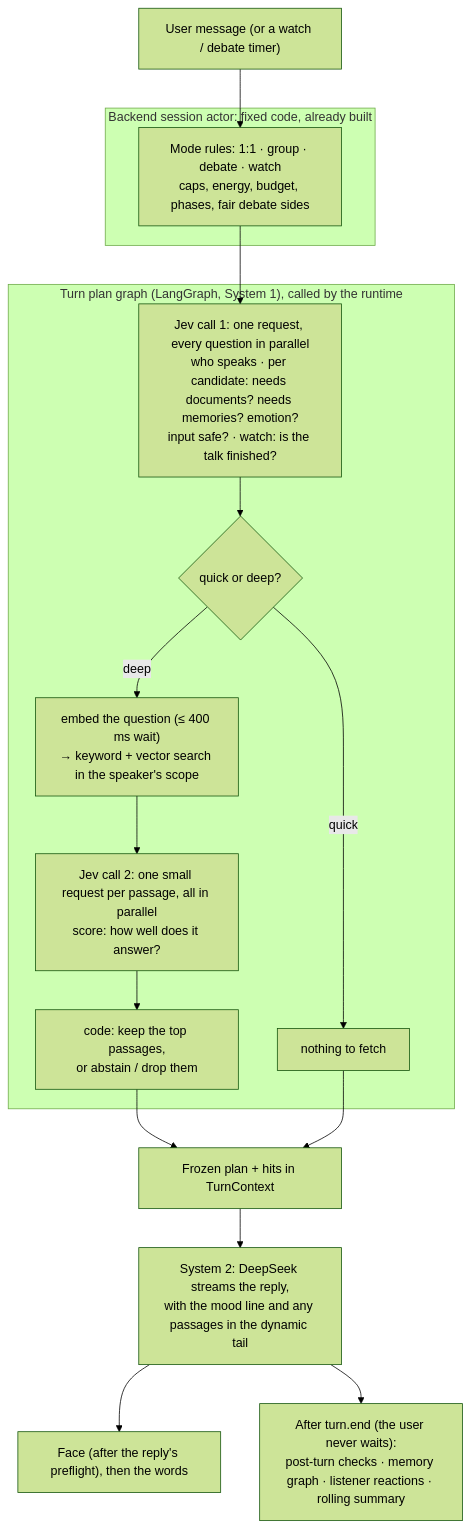
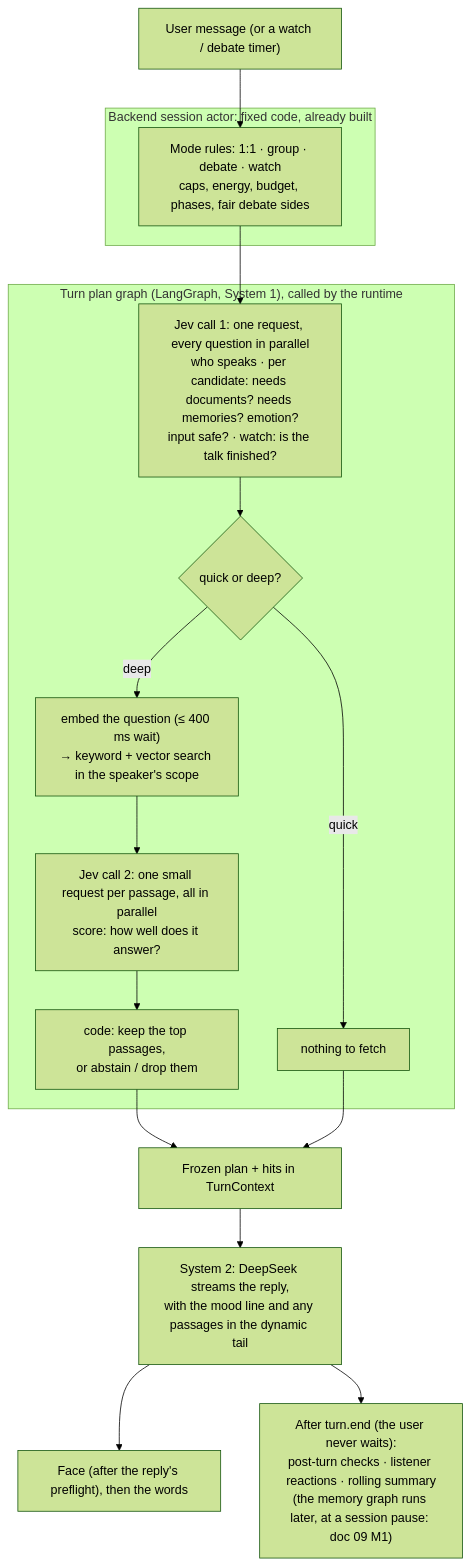
The diagram in docs/ai/01-agent-architecture.md (weihang369/Horizon), drawn with Mermaid (forest theme) before and after one commit. The commit also changed other lines of this file and 8 other files, not shown here.

````diff
--- a/docs/ai/01-agent-architecture.md
+++ b/docs/ai/01-agent-architecture.md
@@ -89,21 +89,21 @@
 ```mermaid
 flowchart TD
     U["User message (or a watch / debate timer)"] --> A
     subgraph BACKEND["Backend session actor: fixed code, already built"]
         A["Mode rules: 1:1 · group · debate · watch<br/>caps, energy, budget, phases, fair debate sides"]
     end
     A --> P1
     subgraph PLAN["Turn plan graph (LangGraph, System 1), called by the runtime"]
         P1["Jev call 1: one request, every question in parallel<br/>who speaks · per candidate: needs documents? needs memories? emotion?<br/>input safe? · watch: is the talk finished?"]
         P1 --> G{"quick or deep?"}
         G -->|deep| E["embed the question (≤ 400 ms wait)<br/>→ keyword + vector search in the speaker's scope"]
         E --> J2["Jev call 2: one small request per passage, all in parallel<br/>score: how well does it answer?"]
         J2 --> C["code: keep the top passages,<br/>or abstain / drop them"]
         G -->|quick| F["nothing to fetch"]
     end
     C --> R
     F --> R
     R["Frozen plan + hits in TurnContext"] --> DS["System 2: DeepSeek streams the reply,<br/>with the mood line and any passages in the dynamic tail"]
     DS --> SHOW["Face (after the reply's preflight), then the words"]
-    DS --> AFTER["After turn.end (the user never waits):<br/>post-turn checks · memory graph · listener reactions · rolling summary"]
+    DS --> AFTER["After turn.end (the user never waits):<br/>post-turn checks · listener reactions · rolling summary<br/>(the memory graph runs later, at a session pause: doc 09 M1)"]
 ```
````
